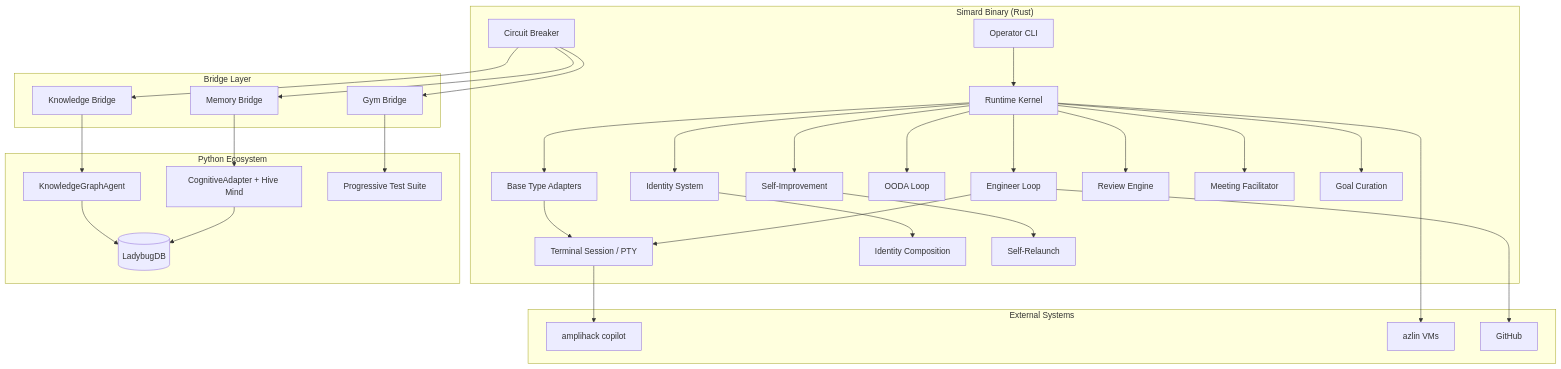
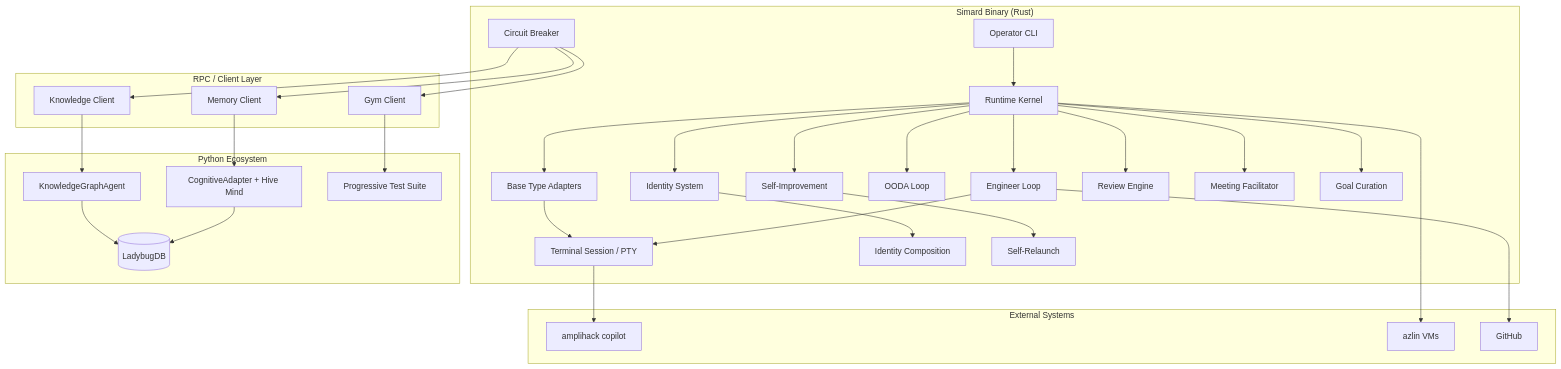
The diagram in docs/architecture/overview.md (rysweet/Simard), drawn with Mermaid before and after one commit. The commit also changed other lines of this file and 327 other files, not shown here.

````diff
--- a/docs/architecture/overview.md
+++ b/docs/architecture/overview.md
@@ -15,65 +15,65 @@
 ```mermaid
 graph TB
     subgraph "Simard Binary (Rust)"
         CLI[Operator CLI]
         RT[Runtime Kernel]
         EL[Engineer Loop]
         TS[Terminal Session / PTY]
         BT[Base Type Adapters]
         ID[Identity System]
         IC[Identity Composition]
         CB[Circuit Breaker]
         OODA[OODA Loop]
         SI[Self-Improvement]
         SR[Self-Relaunch]
         REV[Review Engine]
         MF[Meeting Facilitator]
         GC[Goal Curation]
 
         CLI --> RT
         RT --> EL
         RT --> BT
         RT --> OODA
         EL --> TS
         BT --> TS
         RT --> ID
         ID --> IC
         RT --> SI
         SI --> SR
         RT --> REV
         RT --> MF
         RT --> GC
     end
 
-    subgraph "Bridge Layer"
-        MB[Memory Bridge]
-        KB[Knowledge Bridge]
-        GB[Gym Bridge]
+    subgraph "RPC / Client Layer"
+        MB[Memory Client]
+        KB[Knowledge Client]
+        GB[Gym Client]
         CB --> MB
         CB --> KB
         CB --> GB
     end
 
     subgraph "Python Ecosystem"
         CMA[CognitiveAdapter + Hive Mind]
         KGA[KnowledgeGraphAgent]
         EVA[Progressive Test Suite]
         LBUG[(LadybugDB)]
 
         MB --> CMA
         KB --> KGA
         GB --> EVA
         CMA --> LBUG
         KGA --> LBUG
     end
 
     subgraph "External Systems"
         AMP[amplihack copilot]
         AZLIN[azlin VMs]
         GH[GitHub]
     end
 
     TS --> AMP
     RT --> AZLIN
     EL --> GH
 ```
````
